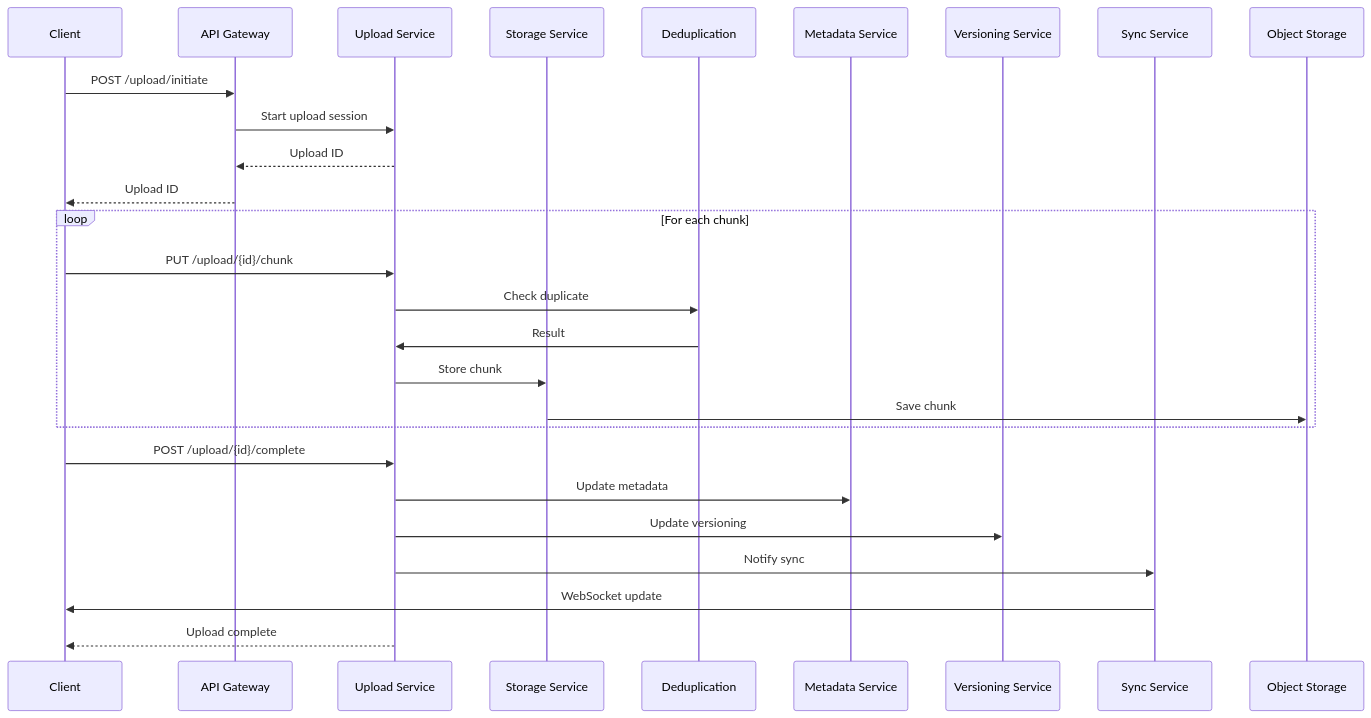
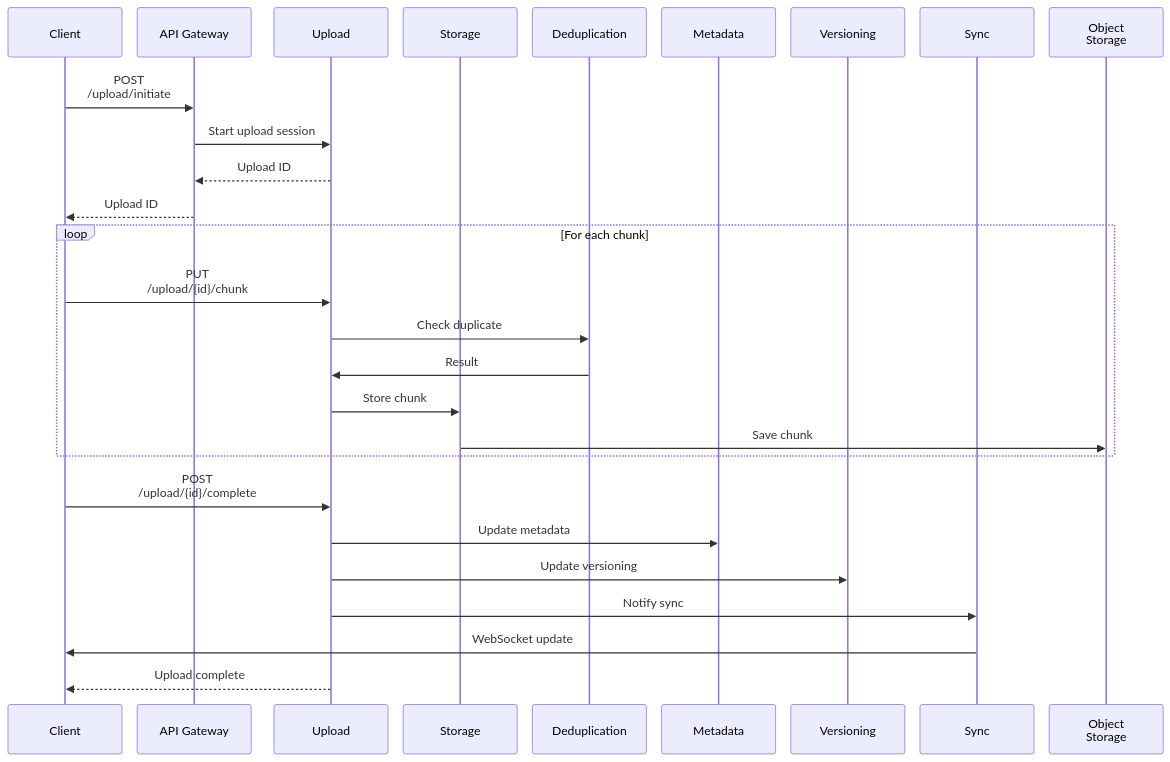
Before and after one commit to Charikshith/Guide: the fourth of 4 diagrams in volumes/volume-4-high-level-design/ch45-library-23-cloud-storage-drive.md, drawn with Mermaid. The commit also changed 64 other files, not shown here.

Commit message:
Guide: fit wide diagrams on the page (grow into the free right margin, smaller minimum scale), redraw 33 long flowcharts in the other direction, tighten five wide sequence diagrams

````diff
--- a/volumes/volume-4-high-level-design/ch45-library-23-cloud-storage-drive.md
+++ b/volumes/volume-4-high-level-design/ch45-library-23-cloud-storage-drive.md
@@ -585,30 +585,31 @@
 ```mermaid
+%%{init: {"sequence": {"actorMargin": 20}}}%%
 sequenceDiagram
     participant C as Client
     participant AG as API Gateway
-    participant U as Upload Service
-    participant S as Storage Service
+    participant U as Upload
+    participant S as Storage
     participant D as Deduplication
-    participant M as Metadata Service
-    participant V as Versioning Service
-    participant SY as Sync Service
-    participant OS as Object Storage
+    participant M as Metadata
+    participant V as Versioning
+    participant SY as Sync
+    participant OS as Object<br/>Storage
 
-    C->>AG: POST /upload/initiate
+    C->>AG: POST<br/>/upload/initiate
     AG->>U: Start upload session
     U-->>AG: Upload ID
     AG-->>C: Upload ID
     loop For each chunk
-        C->>U: PUT /upload/{id}/chunk
+        C->>U: PUT<br/>/upload/{id}/chunk
         U->>D: Check duplicate
         D->>U: Result
         U->>S: Store chunk
         S->>OS: Save chunk
     end
-    C->>U: POST /upload/{id}/complete
+    C->>U: POST<br/>/upload/{id}/complete
     U->>M: Update metadata
     U->>V: Update versioning
     U->>SY: Notify sync
     SY->>C: WebSocket update
     U-->>C: Upload complete
 ```
````
